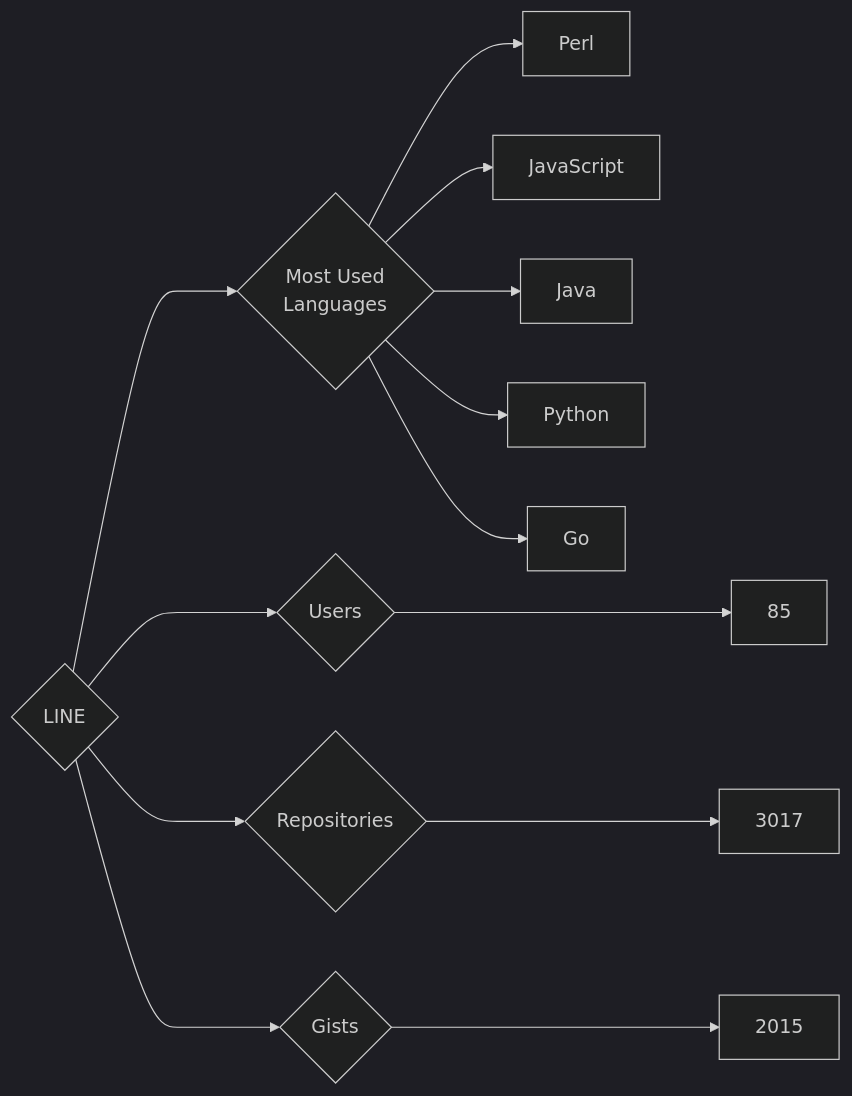
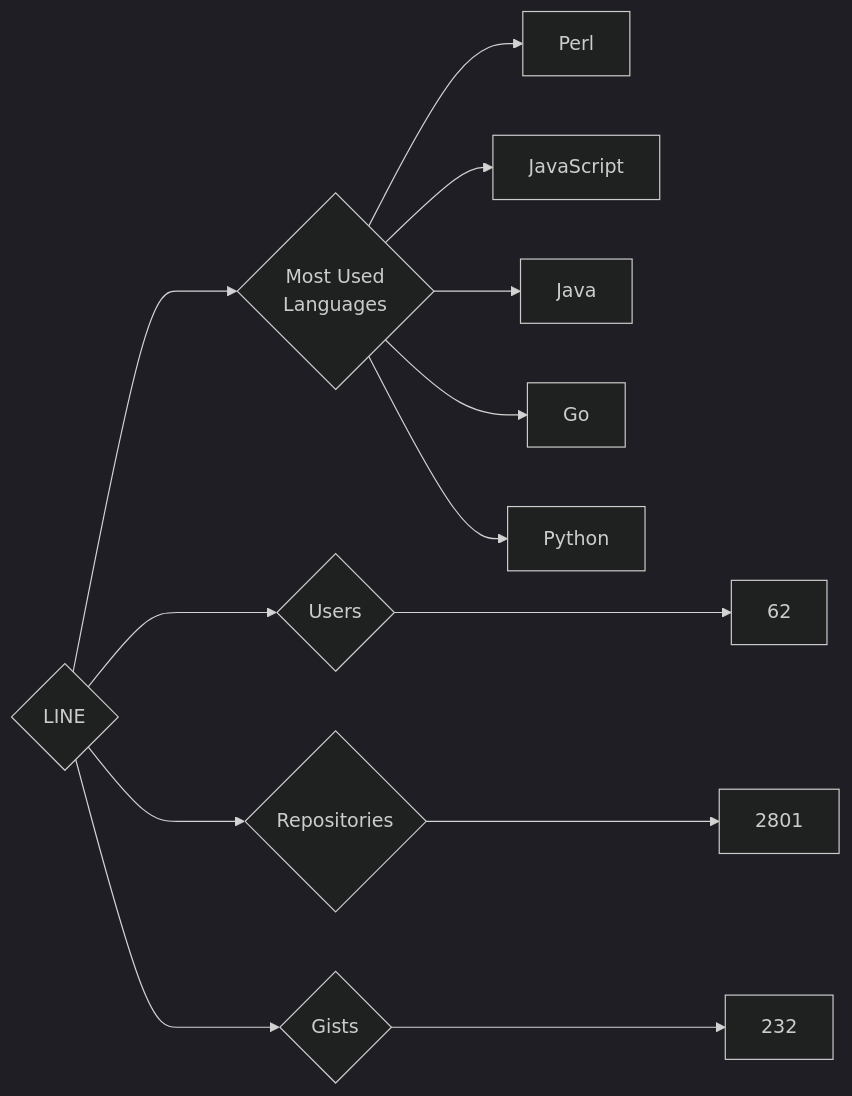
One commit to trickest/insiders changed the diagram in targets/LINE/README.md. Above: the diagram before and after it, drawn with Mermaid (dark theme). The commit also changed 826 other files, not shown here.

````diff
--- a/targets/LINE/README.md
+++ b/targets/LINE/README.md
@@ -3,13 +3,13 @@
 ```mermaid
 graph LR
 COMPANY_NAME{LINE}
-COMPANY_NAME ---> U{Users} ---> UN[85]
-COMPANY_NAME ---> R{Repositories} ---> RN[3017]
-COMPANY_NAME ---> G{Gists} ---> GN[2015]
+COMPANY_NAME ---> U{Users} ---> UN[62]
+COMPANY_NAME ---> R{Repositories} ---> RN[2801]
+COMPANY_NAME ---> G{Gists} ---> GN[232]
 COMPANY_NAME ---> ML{Most Used<br>Languages}
 ML --> Perl[Perl]
 ML --> JavaScript[JavaScript]
 ML --> Java[Java]
+ML --> Go[Go]
 ML --> Python[Python]
-ML --> Go[Go]
 ```
````
